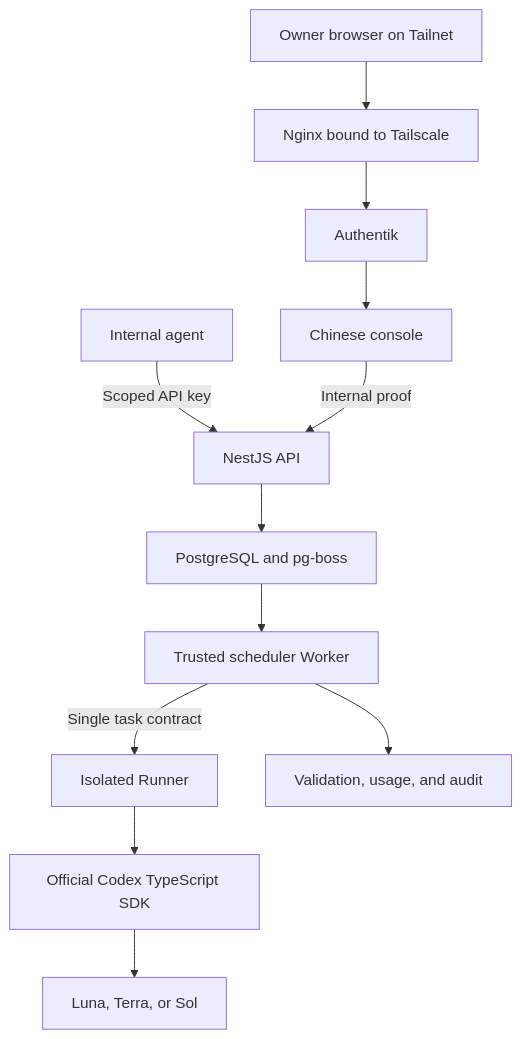
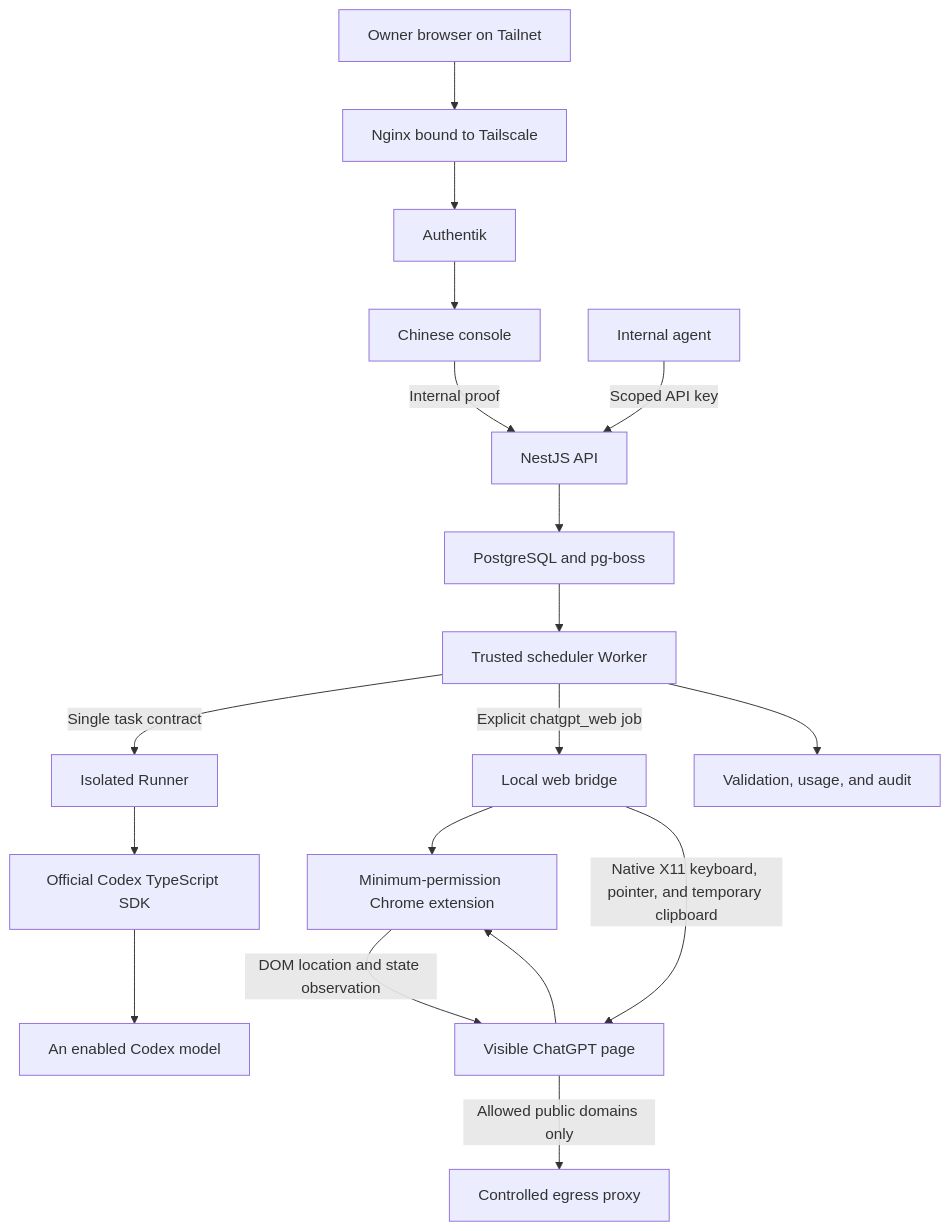
The diagram in README.en.md (AIALRA-0/AIALRA-CODEX-API), drawn with Mermaid before and after one commit. The commit also changed other lines of this file and 106 other files, not shown here.

````diff
--- a/README.en.md
+++ b/README.en.md
@@ -127,14 +172,20 @@
 ```mermaid
 flowchart TD
     D[Owner browser on Tailnet] --> B[Nginx bound to Tailscale]
     B --> E[Authentik]
     E --> F[Chinese console]
     G[Internal agent] -->|Scoped API key| H[NestJS API]
     F -->|Internal proof| H
     H --> I[PostgreSQL and pg-boss]
     I --> J[Trusted scheduler Worker]
     J -->|Single task contract| K[Isolated Runner]
     K --> L[Official Codex TypeScript SDK]
-    L --> M[Luna, Terra, or Sol]
+    L --> M[An enabled Codex model]
+    J -->|Explicit chatgpt_web job| P[Local web bridge]
+    P --> Q[Minimum-permission Chrome extension]
+    Q -->|DOM location and state observation| R[Visible ChatGPT page]
+    P -->|Native X11 keyboard, pointer, and temporary clipboard| R
+    R --> Q
+    R -->|Allowed public domains only| S[Controlled egress proxy]
     J --> N[Validation, usage, and audit]
 ```
````
